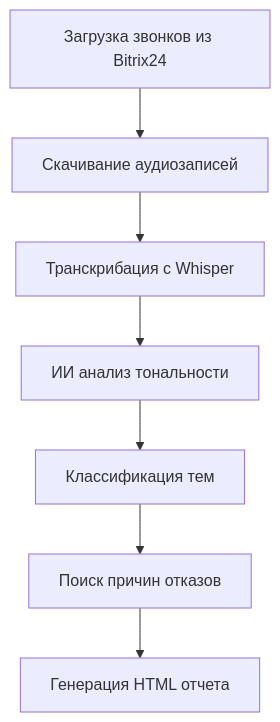
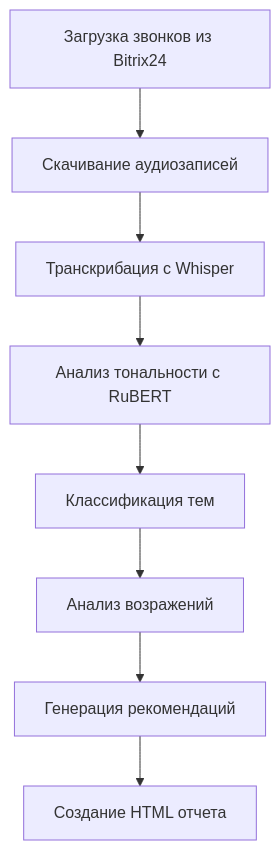
One commit to mkadochnikov/callanalytics2 changed the diagram in readme.md. Above: the diagram before and after it, drawn with Mermaid. The commit also changed other lines of this file and 6 other files, not shown here.

````diff
--- a/readme.md
+++ b/readme.md
@@ -137,9 +164,10 @@
 ```mermaid
 graph TD
     A[Загрузка звонков из Bitrix24] --> B[Скачивание аудиозаписей]
     B --> C[Транскрибация с Whisper]
-    C --> D[ИИ анализ тональности]
+    C --> D[Анализ тональности с RuBERT]
     D --> E[Классификация тем]
-    E --> F[Поиск причин отказов]  
-    F --> G[Генерация HTML отчета]
+    E --> F[Анализ возражений]  
+    F --> G[Генерация рекомендаций]
+    G --> H[Создание HTML отчета]
 ```
````
